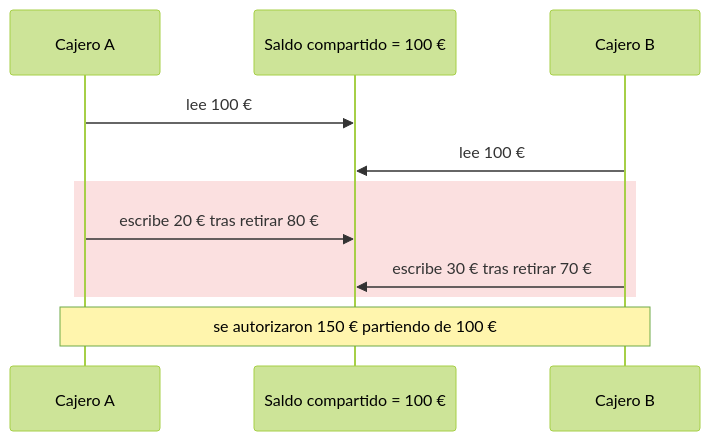
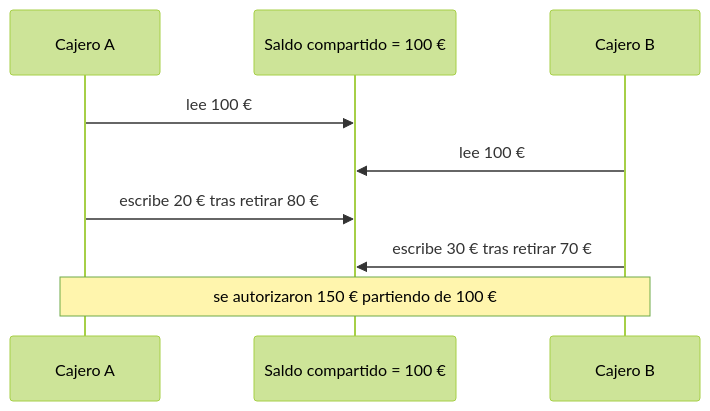
The first of 3 diagrams in TEORIA/05-concurrencia-y-sincronizacion/README.md (asiermarzo/ssoo), drawn with Mermaid (forest theme) before and after one commit. The commit also changed 12 other files, not shown here.

Commit message:
ajuste subrects de mermaids

````diff
--- a/TEORIA/05-concurrencia-y-sincronizacion/README.md
+++ b/TEORIA/05-concurrencia-y-sincronizacion/README.md
@@ -64,13 +64,11 @@
 ```mermaid
 sequenceDiagram
     participant A as Cajero A
     participant S as Saldo compartido = 100 €
     participant B as Cajero B
     A->>S: lee 100 €
     B->>S: lee 100 €
-    rect rgb(251, 224, 224)
     A->>S: escribe 20 € tras retirar 80 €
     B->>S: escribe 30 € tras retirar 70 €
-    end
     Note over A,B: se autorizaron 150 € partiendo de 100 €
 ```
````
